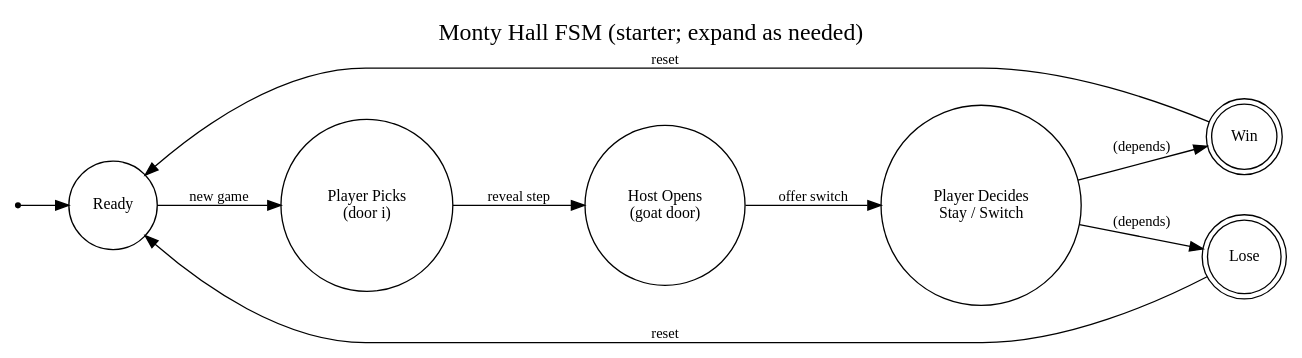
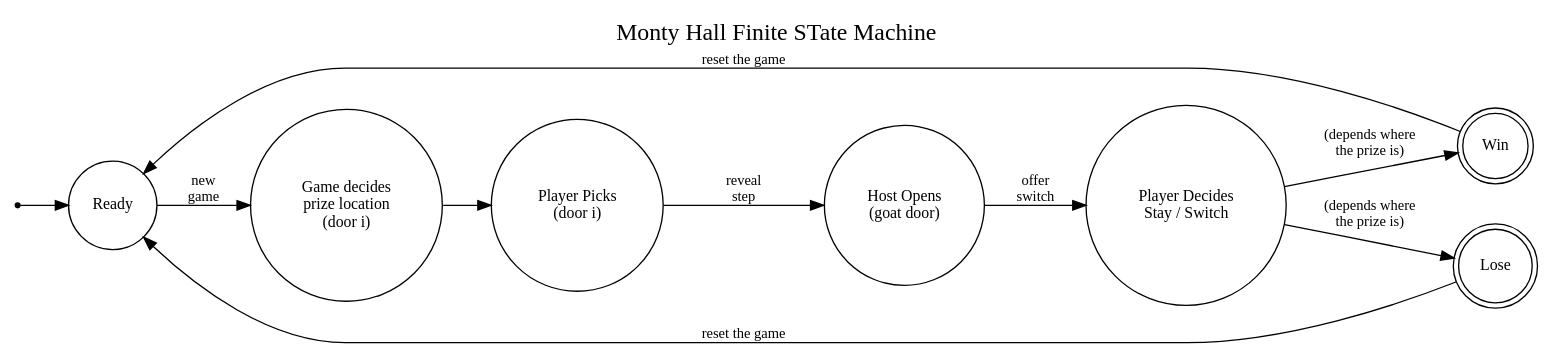
One commit to swosu/SwosuCsPythonExamples changed the diagram in Monty_Hall/monty_hall_fsm.dot. Above: the diagram before and after it, drawn with Graphviz. The commit also changed 5 other files, not shown here.

Commit message:
fixing a bad file name for my diagram.

```diff
--- a/Monty_Hall/monty_hall_fsm.dot
+++ b/Monty_Hall/monty_hall_fsm.dot
@@ -1,34 +1,36 @@
 digraph MontyHallFSM {
   rankdir=LR;
   labelloc="t";
-  label="Monty Hall FSM (starter; expand as needed)";
+  label="Monty Hall Finite STate Machine";
   fontsize=18;
 
   node [shape=circle, fontsize=12];
   edge [fontsize=11];
 
   start [shape=point];
 
   // --- Core states ---
-  Ready   [label="Ready"];
-  Pick    [label="Player Picks\n(door i)"];
-  Host    [label="Host Opens\n(goat door)"];
-  Decide  [label="Player Decides\nStay / Switch"];
-  Win     [shape=doublecircle, label="Win"];
-  Lose    [shape=doublecircle, label="Lose"];
+  Ready         [label="Ready"];
+  Game_Pick     [label="Game decides\n prize location\n(door i)"];
+  Player_Pick   [label="Player Picks\n(door i)"];
+  Game_Reveal   [label="Host Opens\n(goat door)"];
+  Player_Decide [label="Player Decides\nStay / Switch"];
+  Win           [shape=doublecircle, label="Win"];
+  Lose          [shape=doublecircle, label="Lose"];
 
   start -> Ready;
 
   // --- Flow ---
-  Ready  -> Pick   [label="new game"];
-  Pick   -> Host   [label="reveal step"];
-  Host   -> Decide [label="offer switch"];
+  Ready         -> Game_Pick      [label="new\n game"];
+  Game_Pick     -> Player_Pick   
+  Player_Pick   -> Game_Reveal    [label="reveal\n step"];
+  Game_Reveal   -> Player_Decide  [label="offer\n switch"];
 
   // --- Outcomes (placeholder logic labels; refine with more states) ---
-  Decide -> Win  [label="(depends)"];
-  Decide -> Lose [label="(depends)"];
+  Player_Decide -> Win  [label="(depends where\n the prize is)"];
+  Player_Decide -> Lose [label="(depends where\n the prize is)"];
 
   // --- Reset ---
-  Win  -> Ready [label="reset"];
-  Lose -> Ready [label="reset"];
+  Win  -> Ready [label="reset the game"];
+  Lose -> Ready [label="reset the game"];
 }
```
